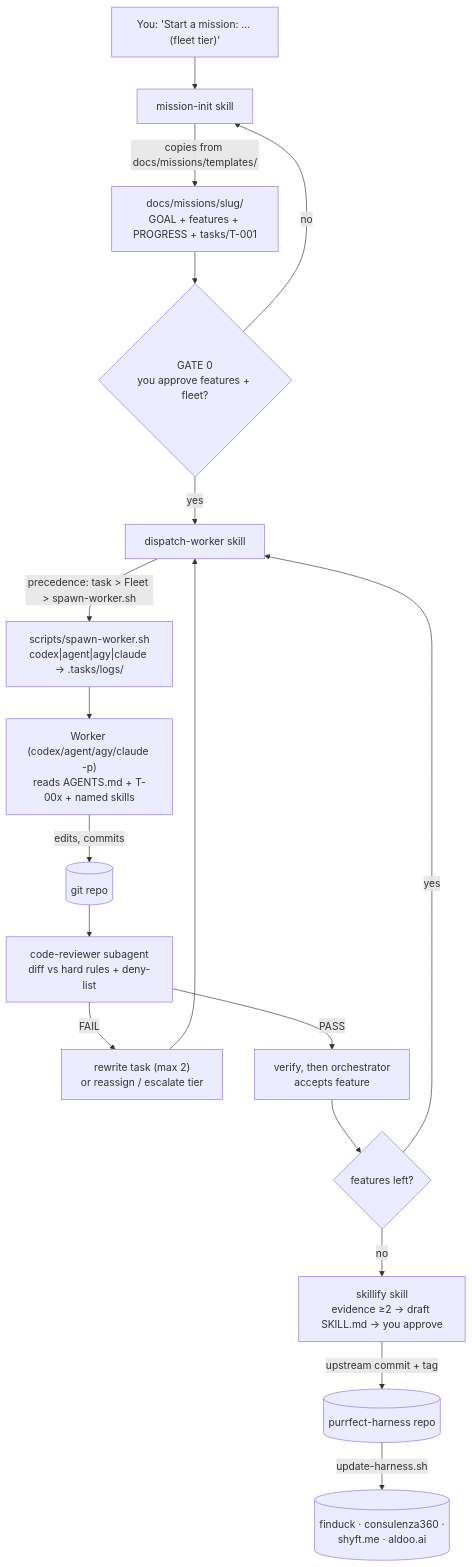
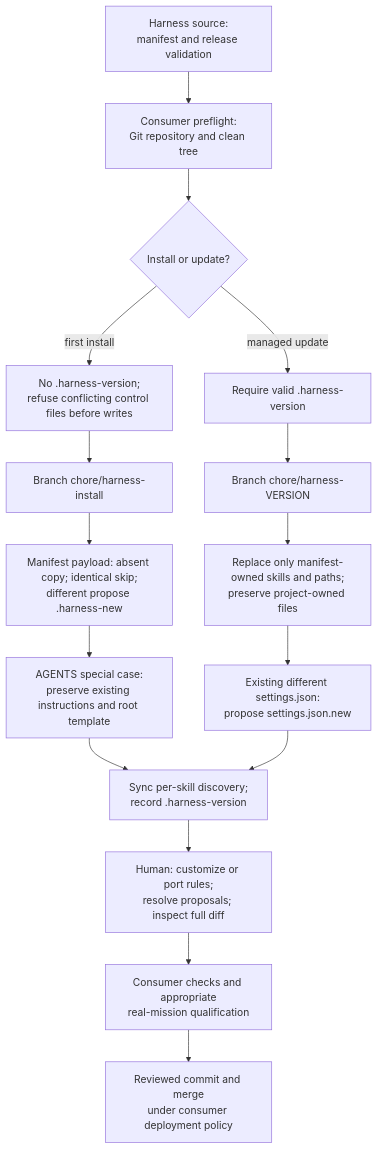
Before and after one commit to hashorva/purrfect-harness: the fourth of 5 diagrams in README.md, drawn with Mermaid. The commit also changed other lines of this file, not shown here.

Commit message:
docs: refresh README workflows and diagrams for Phase 1

````diff
--- a/README.md
+++ b/README.md
@@ -273,19 +304,18 @@
 ```mermaid
 flowchart TD
-  U["You: 'Start a mission: … (fleet tier)'"] --> MI["mission-init skill"]
-  MI -->|"copies from docs/missions/templates/"| F["docs/missions/slug/<br/>GOAL + features + PROGRESS + tasks/T-001"]
-  F --> G0{"GATE 0<br/>you approve features + fleet?"}
-  G0 -- no --> MI
-  G0 -- yes --> DW["dispatch-worker skill"]
-  DW -->|"precedence: task > Fleet > spawn-worker.sh"| SPAWN["scripts/spawn-worker.sh<br/>codex|agent|agy|claude → .tasks/logs/"]
-  SPAWN --> W["Worker (codex/agent/agy/claude -p)<br/>reads AGENTS.md + T-00x + named skills"]
-  W -->|"edits, commits"| REPO[("git repo")]
-  REPO --> REV["code-reviewer subagent<br/>diff vs hard rules + deny-list"]
-  REV -- FAIL --> RW["rewrite task (max 2)<br/>or reassign / escalate tier"] --> DW
-  REV -- PASS --> FLIP["verify, then orchestrator<br/>accepts feature"]
-  FLIP --> MORE{"features left?"}
-  MORE -- yes --> DW
-  MORE -- no --> SKF["skillify skill<br/>evidence ≥2 → draft SKILL.md → you approve"]
-  SKF -->|"upstream commit + tag"| HARN[("purrfect-harness repo")]
-  HARN -->|"update-harness.sh"| OTHER[("finduck · consulenza360 ·<br/>shyft.me · aldoo.ai")]
+  Source["Harness source:<br/>manifest and release validation"] --> Pre["Consumer preflight:<br/>Git repository and clean tree"]
+  Pre --> Operation{"Install or update?"}
+  Operation -->|first install| Install["No .harness-version;<br/>refuse conflicting control files before writes"]
+  Install --> IB["Branch chore/harness-install"]
+  IB --> Payload["Manifest payload: absent copy; identical skip;<br/>different propose .harness-new"]
+  Payload --> Agents["AGENTS special case:<br/>preserve existing instructions and root template"]
+  Operation -->|managed update| Update["Require valid .harness-version"]
+  Update --> UB["Branch chore/harness-VERSION"]
+  UB --> Owned["Replace only manifest-owned skills and paths;<br/>preserve project-owned files"]
+  Owned --> Settings["Existing different settings.json:<br/>propose settings.json.new"]
+  Agents --> Sync["Sync per-skill discovery;<br/>record .harness-version"]
+  Settings --> Sync
+  Sync --> Human["Human: customize or port rules;<br/>resolve proposals; inspect full diff"]
+  Human --> Checks["Consumer checks and appropriate<br/>real-mission qualification"]
+  Checks --> Merge["Reviewed commit and merge<br/>under consumer deployment policy"]
 ```
````
